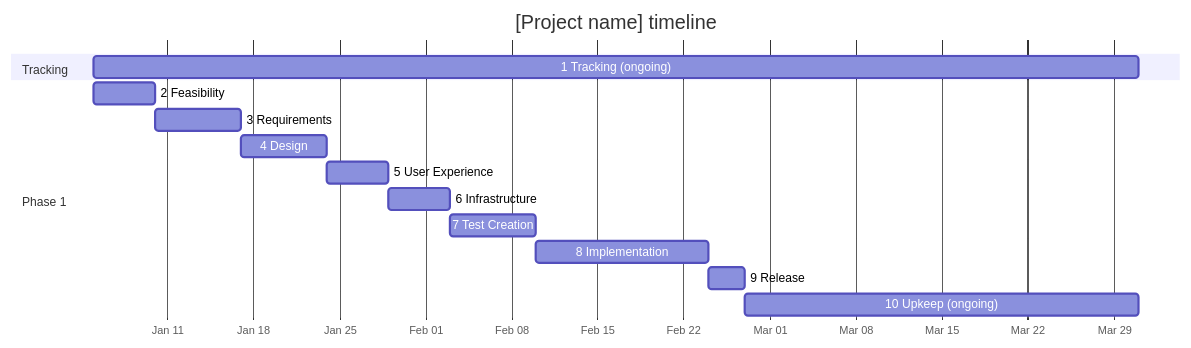
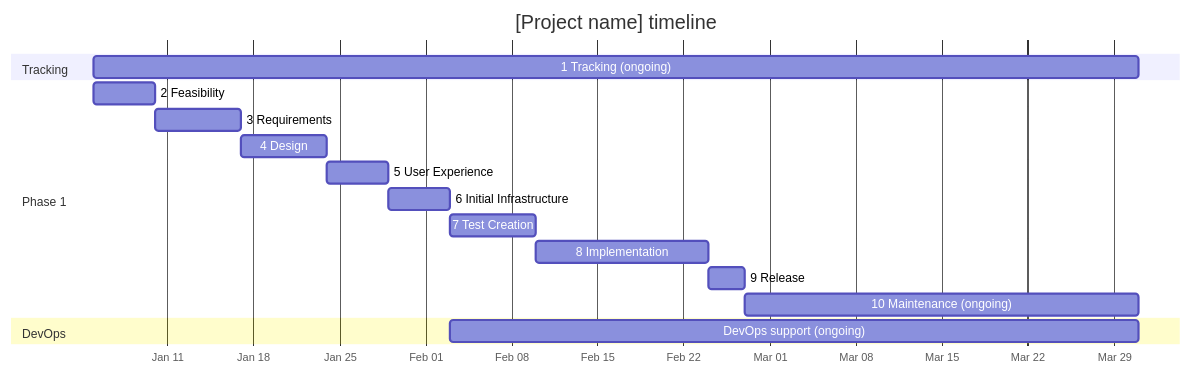
One commit to b0ts/ai_assisted_sdlc_workflow changed the diagram in templates/d01-02-gantt.md. Above: the diagram before and after it, drawn with Mermaid. The commit also changed 102 other files, not shown here.

````diff
--- a/templates/d01-02-gantt.md
+++ b/templates/d01-02-gantt.md
@@ -19,18 +19,20 @@
 ```mermaid
 gantt
     title [Project name] timeline
     dateFormat YYYY-MM-DD
     axisFormat %b %d
     section Tracking
     1 Tracking (ongoing)     :t1, 2026-01-05, 2026-03-31
     section Phase 1
     2 Feasibility            :s2, 2026-01-05, 5d
     3 Requirements           :s3, after s2, 7d
     4 Design                 :s4, after s3, 7d
     5 User Experience        :s5, after s4, 5d
-    6 Infrastructure         :s6, after s5, 5d
+    6 Initial Infrastructure :s6, after s5, 5d
     7 Test Creation          :s7, after s6, 7d
     8 Implementation         :s8, after s7, 14d
     9 Release                :s9, after s8, 3d
-    10 Upkeep (ongoing)      :s10, after s9, 2026-03-31
+    10 Maintenance (ongoing) :s10, after s9, 2026-03-31
+    section DevOps
+    DevOps support (ongoing) :d6, after s6, 2026-03-31
 ```
````
